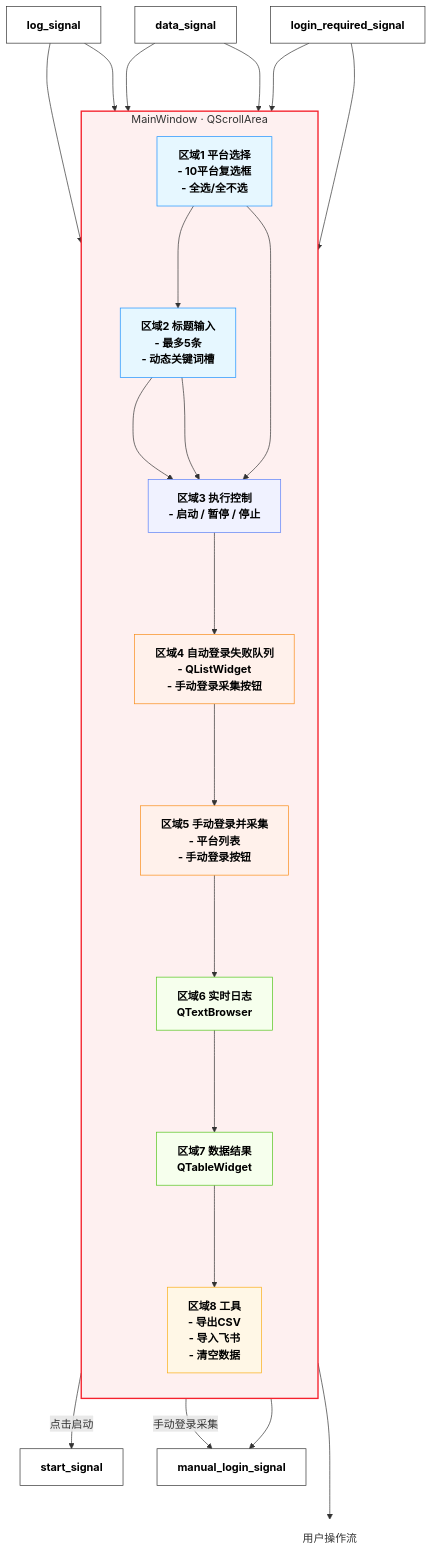
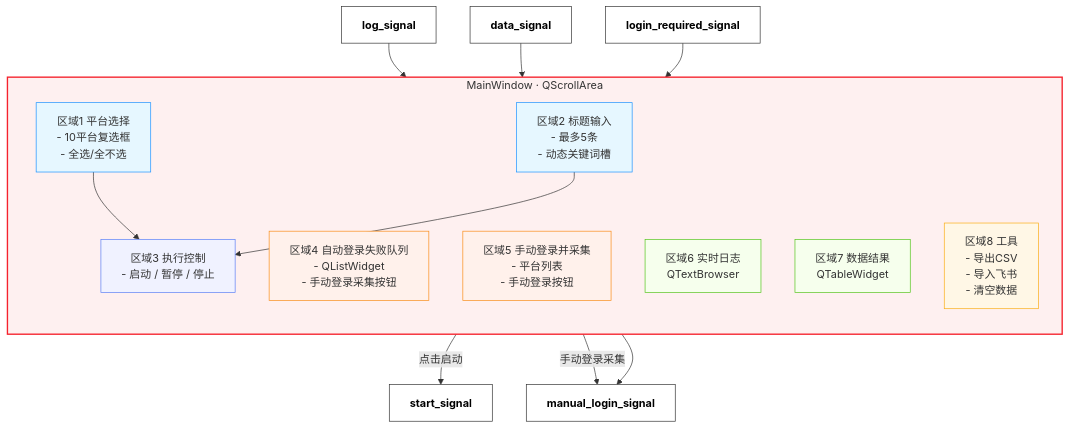
The second of 4 diagrams in multi_platform_crawler/docs/README.md (JakeFan-2/multi-platform-content-crawler), drawn with Mermaid before and after one commit. The commit also changed other lines of this file, not shown here.

Commit message:
fix: 修复架构图语法错误并调整布局

````diff
--- a/multi_platform_crawler/docs/README.md
+++ b/multi_platform_crawler/docs/README.md
@@ -162,69 +158,53 @@
 ```mermaid
-flowchart TB
-    %% 数据回流模块放在主模块上方
+flowchart TD
+    %% 信号节点放在主模块上方
     THREAD_LOG[log_signal]
     THREAD_DATA[data_signal]
     THREAD_LOGIN[login_required_signal]
     
-    %% 增加纵向间距
-    THREAD_LOG ---> GUI
-    THREAD_DATA ---> GUI
-    THREAD_LOGIN ---> GUI
-
     subgraph GUI[MainWindow · QScrollArea]
         direction TB
 
         %% 区域1
         P1[区域1 平台选择\n- 10平台复选框\n- 全选/全不选]
+
+        %% 增加纵向距离
         
-        %% 增加纵向间距
-        P1 ---> P2
-
         %% 区域2
         P2[区域2 标题输入\n- 最多5条\n- 动态关键词槽]
+
+        %% 增加纵向距离
         
-        %% 增加纵向间距
-        P2 ---> P3
-
         %% 区域3
         P3[区域3 执行控制\n- 启动 / 暂停 / 停止]
+
+        %% 增加纵向距离
         
-        %% 增加纵向间距
-        P3 ---> P4
-
         %% 区域4
         P4[区域4 自动登录失败队列\n- QListWidget\n- 手动登录采集按钮]
+
+        %% 增加纵向距离
         
-        %% 增加纵向间距
-        P4 ---> P5
-
         %% 区域5
         P5[区域5 手动登录并采集\n- 平台列表\n- 手动登录按钮]
+
+        %% 增加纵向距离
         
-        %% 增加纵向间距
-        P5 ---> P6
-
         %% 区域6
         P6[区域6 实时日志\nQTextBrowser]
+
+        %% 增加纵向距离
         
-        %% 增加纵向间距
-        P6 ---> P7
-
         %% 区域7
         P7[区域7 数据结果\nQTableWidget]
+
+        %% 增加纵向距离
         
-        %% 增加纵向间距
-        P7 ---> P8
-
         %% 区域8
         P8[区域8 工具\n- 导出CSV\n- 导入飞书\n- 清空数据]
     end
 
-    %% 增加纵向间距
-    GUI ---> SIGNAL_FLOW
-
     %% ================= 用户操作流 =================
-    SIGNAL_FLOW[用户操作流]
     P1 --> P3
     P2 --> P3
 
@@ -239,18 +219,17 @@
 
     %% 颜色样式
     style GUI fill:#fef0f0,stroke:#f5222d,stroke-width:2px
-    style P1 fill:#e6f7ff,stroke:#1890ff,font-weight:bold,color:#000000
-    style P2 fill:#e6f7ff,stroke:#1890ff,font-weight:bold,color:#000000
-    style P3 fill:#f0f2ff,stroke:#597ef7,font-weight:bold,color:#000000
-    style P4 fill:#fff1eb,stroke:#fa8c16,font-weight:bold,color:#000000
-    style P5 fill:#fff1eb,stroke:#fa8c16,font-weight:bold,color:#000000
-    style P6 fill:#f6ffed,stroke:#52c41a,font-weight:bold,color:#000000
-    style P7 fill:#f6ffed,stroke:#52c41a,font-weight:bold,color:#000000
-    style P8 fill:#fff7e6,stroke:#faad14,font-weight:bold,color:#000000
+    style P1 fill:#e6f7ff,stroke:#1890ff
+    style P2 fill:#e6f7ff,stroke:#1890ff
+    style P3 fill:#f0f2ff,stroke:#597ef7
+    style P4 fill:#fff1eb,stroke:#fa8c16
+    style P5 fill:#fff1eb,stroke:#fa8c16
+    style P6 fill:#f6ffed,stroke:#52c41a
+    style P7 fill:#f6ffed,stroke:#52c41a
+    style P8 fill:#fff7e6,stroke:#faad14
     style SIGNAL_START fill:#ffffff,stroke:#333,font-weight:bold,color:#000000
     style SIGNAL_MANUAL fill:#ffffff,stroke:#333,font-weight:bold,color:#000000
     style THREAD_LOG fill:#ffffff,stroke:#333,font-weight:bold,color:#000000
     style THREAD_DATA fill:#ffffff,stroke:#333,font-weight:bold,color:#000000
     style THREAD_LOGIN fill:#ffffff,stroke:#333,font-weight:bold,color:#000000
-    style SIGNAL_FLOW fill:#ffffff,stroke:#ffffff,stroke-width:0px
 ```
````
